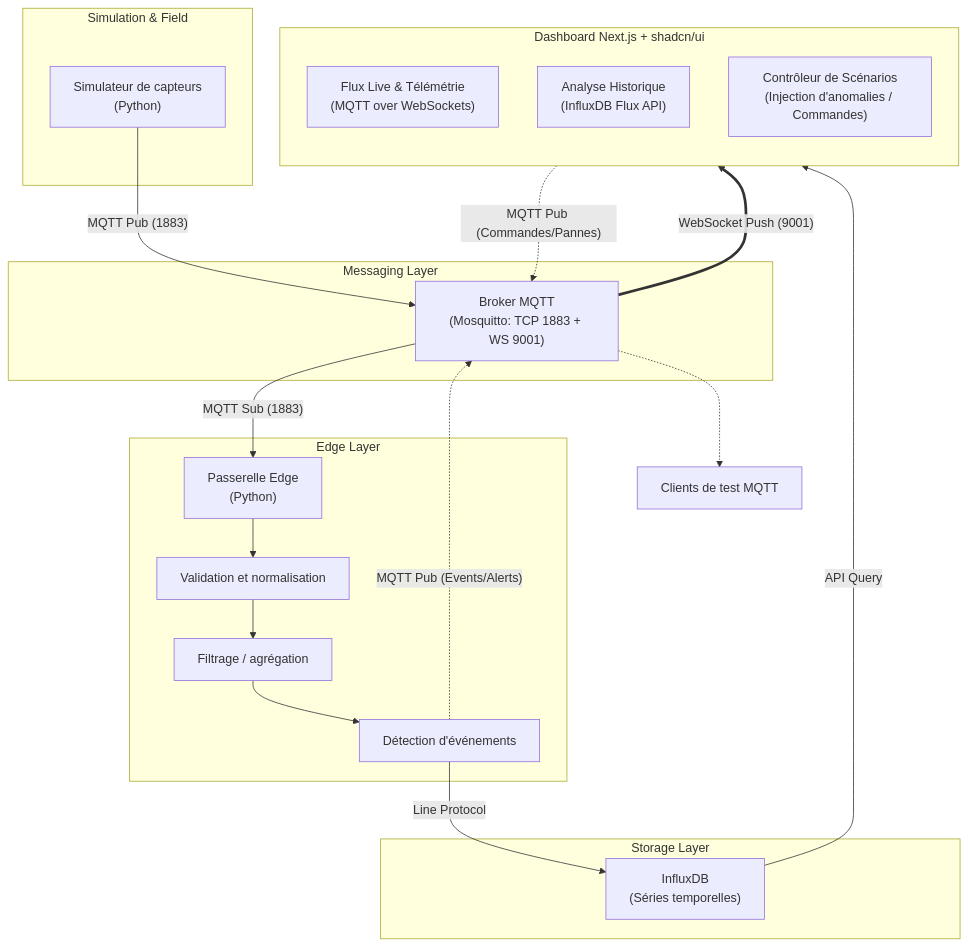
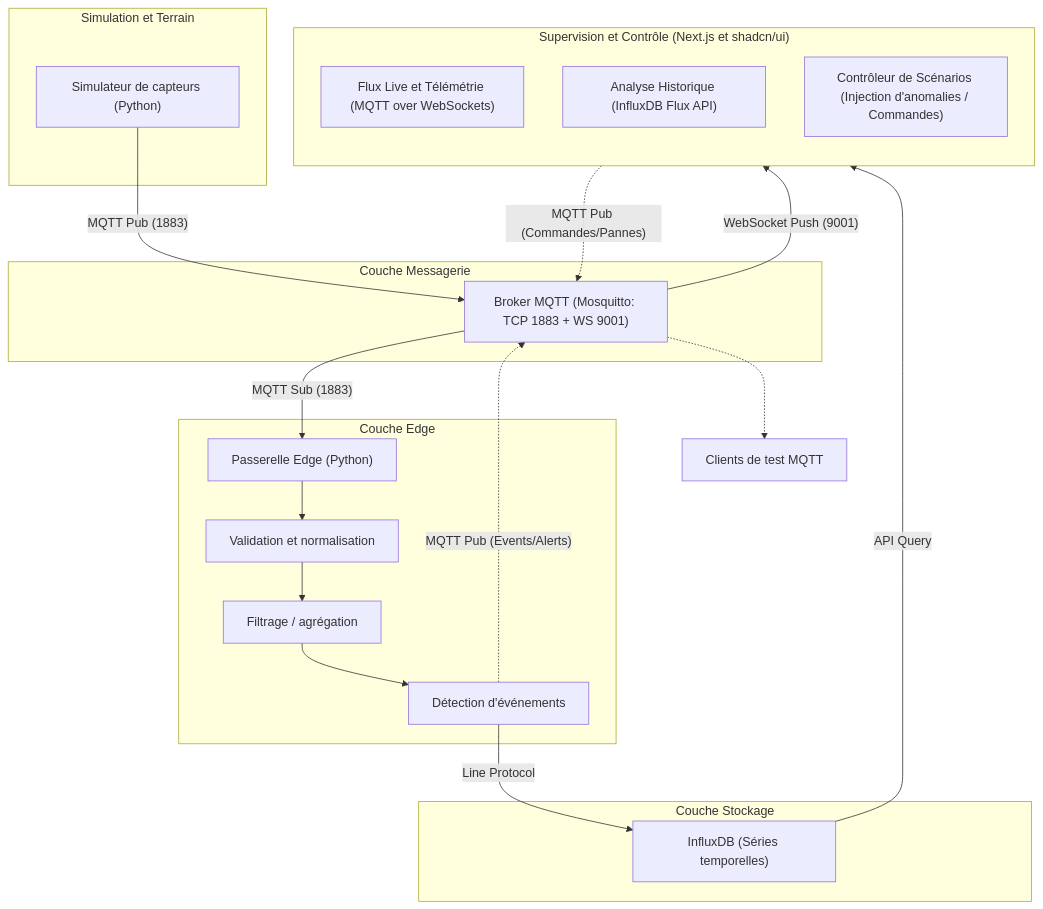
The first of 2 diagrams in Specifications_Guide_Projet_IIoT_ENSAM.md (redonelach1/Projet-Pipeline-IoT), drawn with Mermaid before and after one commit. The commit also changed 7 other files, not shown here.

Commit message:
docs: fix Mermaid syntax for GitHub rendering and expand detailed README with 5 diagrams

````diff
--- a/Specifications_Guide_Projet_IIoT_ENSAM.md
+++ b/Specifications_Guide_Projet_IIoT_ENSAM.md
@@ -108,39 +108,39 @@
 ```mermaid
 flowchart TD
-    subgraph Simulation & Field
-        A["Simulateur de capteurs<br/>(Python)"]
+    subgraph Sub_Simulation ["Simulation et Terrain"]
+        A["Simulateur de capteurs (Python)"]
     end
 
-    subgraph Messaging Layer
-        B["Broker MQTT<br/>(Mosquitto: TCP 1883 + WS 9001)"]
+    subgraph Sub_Messaging ["Couche Messagerie"]
+        B["Broker MQTT (Mosquitto: TCP 1883 + WS 9001)"]
     end
 
-    subgraph Edge Layer
-        C["Passerelle Edge<br/>(Python)"]
+    subgraph Sub_Edge ["Couche Edge"]
+        C["Passerelle Edge (Python)"]
         D["Validation et normalisation"]
         E["Filtrage / agrégation"]
         F["Détection d'événements"]
     end
 
-    subgraph Storage Layer
-        G["InfluxDB<br/>(Séries temporelles)"]
+    subgraph Sub_Storage ["Couche Stockage"]
+        G["InfluxDB (Séries temporelles)"]
     end
 
-    subgraph Supervision & Control [Dashboard Next.js + shadcn/ui]
+    subgraph Sub_Supervision ["Supervision et Contrôle (Next.js et shadcn/ui)"]
         direction TB
-        H1["Flux Live & Télémétrie<br/>(MQTT over WebSockets)"]
-        H2["Analyse Historique<br/>(InfluxDB Flux API)"]
-        H3["Contrôleur de Scénarios<br/>(Injection d'anomalies / Commandes)"]
+        H1["Flux Live et Télémétrie (MQTT over WebSockets)"]
+        H2["Analyse Historique (InfluxDB Flux API)"]
+        H3["Contrôleur de Scénarios (Injection d'anomalies / Commandes)"]
     end
 
     A -->|"MQTT Pub (1883)"| B
     B -->|"MQTT Sub (1883)"| C
     C --> D --> E --> F
     F -->|"Line Protocol"| G
     F -.->|"MQTT Pub (Events/Alerts)"| B
 
-    B ==>|"WebSocket Push (9001)"| H1
+    B -->|"WebSocket Push (9001)"| H1
     G -->|"API Query"| H2
     H3 -.->|"MQTT Pub (Commandes/Pannes)"| B
     B -.-> J["Clients de test MQTT"]
 ```
````
